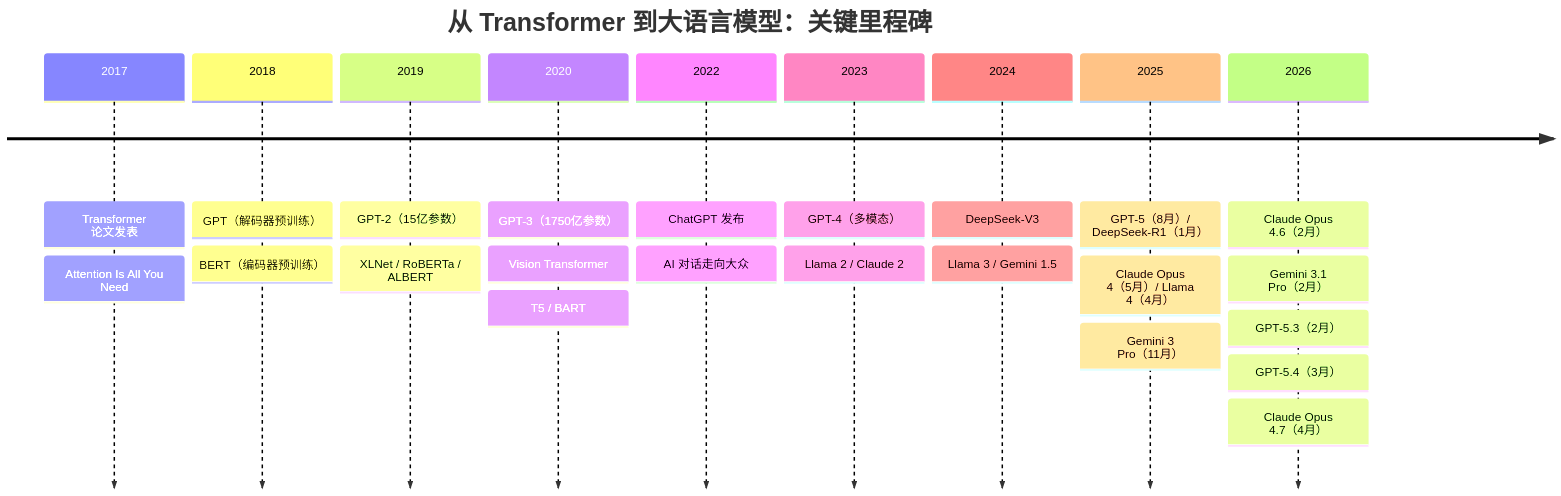
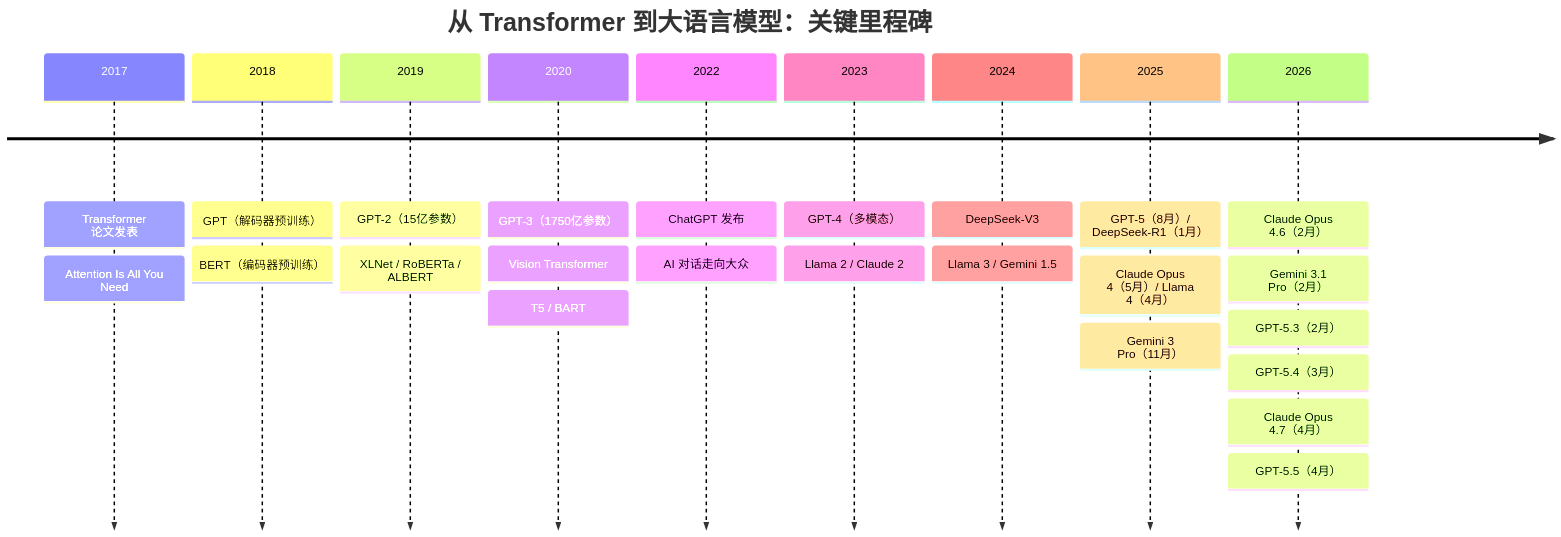
The diagram in 01_introduction/1.5_milestones.md (yeasy/llm_internals), drawn with Mermaid before and after one commit. The commit also changed 2 other files, not shown here.

Commit message:
Add GPT-5.5 to timeline, chapter 13, and model table

````diff
--- a/01_introduction/1.5_milestones.md
+++ b/01_introduction/1.5_milestones.md
@@ -5,27 +5,28 @@
 ```mermaid
 timeline
     title 从 Transformer 到大语言模型：关键里程碑
     2017 : Transformer 论文发表
          : Attention Is All You Need
     2018 : GPT（解码器预训练）
          : BERT（编码器预训练）
     2019 : GPT-2（15亿参数）
          : XLNet / RoBERTa / ALBERT
     2020 : GPT-3（1750亿参数）
          : Vision Transformer
          : T5 / BART
     2022 : ChatGPT 发布
          : AI 对话走向大众
     2023 : GPT-4（多模态）
          : Llama 2 / Claude 2
     2024 : DeepSeek-V3
          : Llama 3 / Gemini 1.5
     2025 : GPT-5（8月）/ DeepSeek-R1（1月）
          : Claude Opus 4（5月）/ Llama 4（4月）
          : Gemini 3 Pro（11月）
     2026 : Claude Opus 4.6（2月）
          : Gemini 3.1 Pro（2月）
          : GPT-5.3（2月）
          : GPT-5.4（3月）
          : Claude Opus 4.7（4月）
+         : GPT-5.5（4月）
 ```
````
